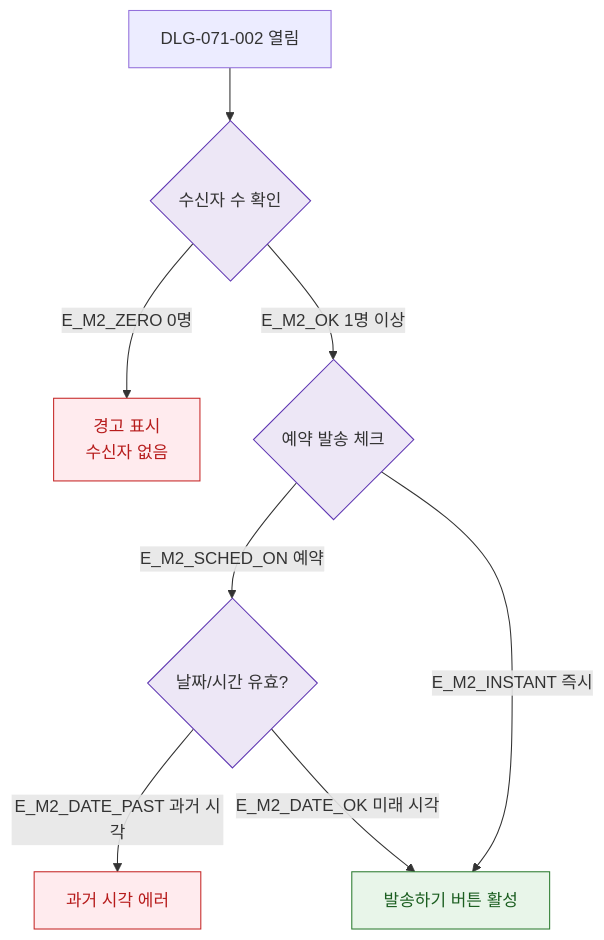
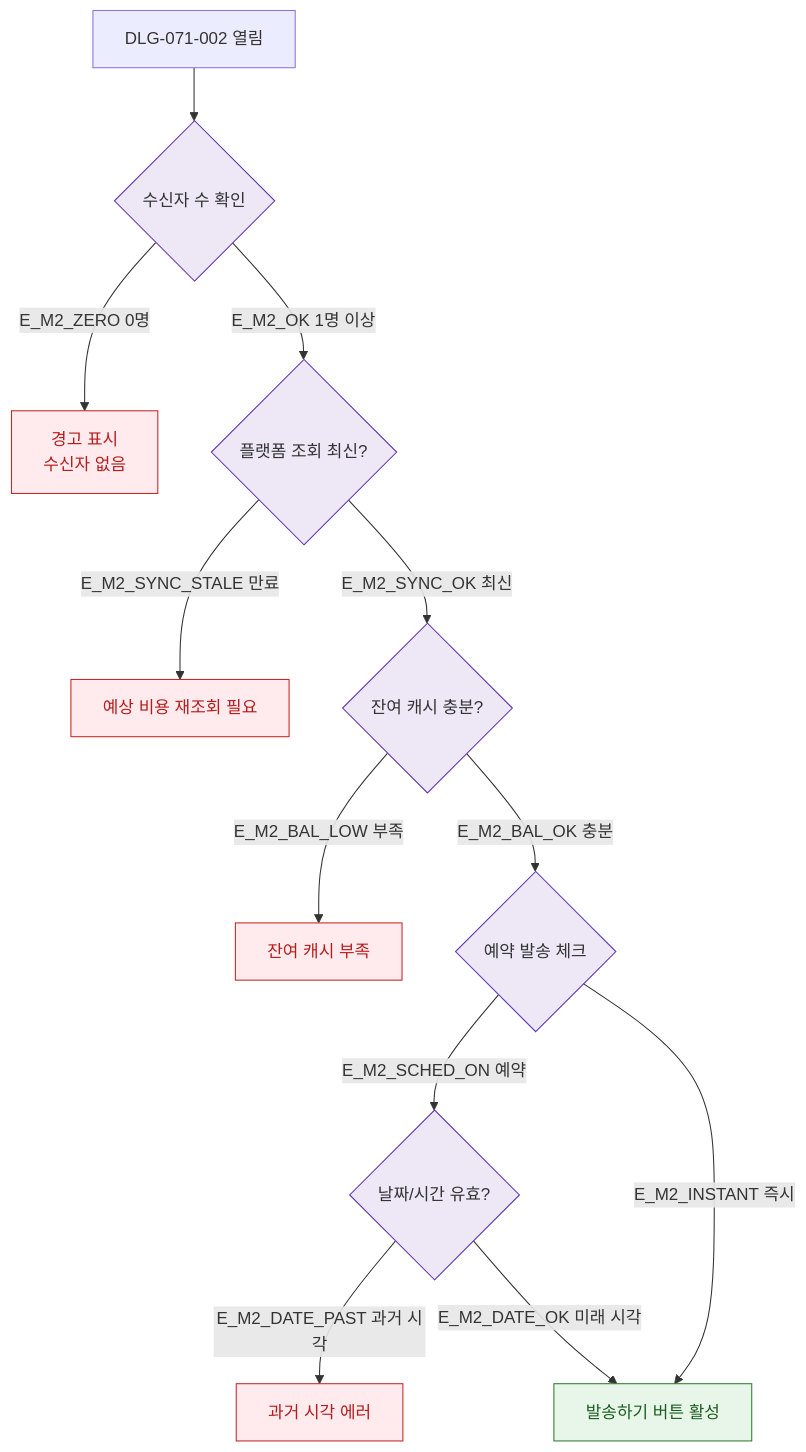
One commit to dev-spogym/admin-pando changed the diagram in docs/admin/다이어그램/D08_마케팅/DLG/DLG-071-002_발송미리보기/M2_필드검증.md. Above: the diagram before and after it, drawn with Mermaid. The commit also changed other lines of this file and 25 other files, not shown here.

````diff
--- a/docs/admin/다이어그램/D08_마케팅/DLG/DLG-071-002_발송미리보기/M2_필드검증.md
+++ b/docs/admin/다이어그램/D08_마케팅/DLG/DLG-071-002_발송미리보기/M2_필드검증.md
@@ -12,19 +12,23 @@
 ```mermaid
 flowchart TD
   OPEN[DLG-071-002 열림] --> CHECK_RECV{수신자 수 확인}
   CHECK_RECV -->|E_M2_ZERO 0명|WARN[경고 표시\n수신자 없음]
-  CHECK_RECV -->|E_M2_OK 1명 이상|CHECK_SCHED{예약 발송 체크}
+  CHECK_RECV -->|E_M2_OK 1명 이상|CHECK_SYNC{플랫폼 조회 최신?}
+  CHECK_SYNC -->|E_M2_SYNC_STALE 만료|ERR_SYNC[예상 비용 재조회 필요]
+  CHECK_SYNC -->|E_M2_SYNC_OK 최신|CHECK_BAL{잔여 캐시 충분?}
+  CHECK_BAL -->|E_M2_BAL_LOW 부족|ERR_BAL[잔여 캐시 부족]
+  CHECK_BAL -->|E_M2_BAL_OK 충분|CHECK_SCHED{예약 발송 체크}
   CHECK_SCHED -->|E_M2_SCHED_ON 예약|CHECK_DATE{날짜/시간 유효?}
   CHECK_SCHED -->|E_M2_INSTANT 즉시|BTN_ACTIVE[발송하기 버튼 활성]
   CHECK_DATE -->|E_M2_DATE_PAST 과거 시각|ERR_DATE[과거 시각 에러]
   CHECK_DATE -->|E_M2_DATE_OK 미래 시각|BTN_ACTIVE
 
   classDef error fill:#FFEBEE,stroke:#C62828,color:#B71C1C
   classDef success fill:#E8F5E9,stroke:#2E7D32,color:#1B5E20
   classDef system fill:#EDE7F6,stroke:#5E35B2
   classDef warning fill:#FFF8E1,stroke:#F9A825,color:#F57F17
 
-  class ERR_DATE,WARN error
+  class ERR_DATE,WARN,ERR_SYNC,ERR_BAL error
   class BTN_ACTIVE success
-  class CHECK_RECV,CHECK_SCHED,CHECK_DATE system
+  class CHECK_RECV,CHECK_SYNC,CHECK_BAL,CHECK_SCHED,CHECK_DATE system
 ```
````
